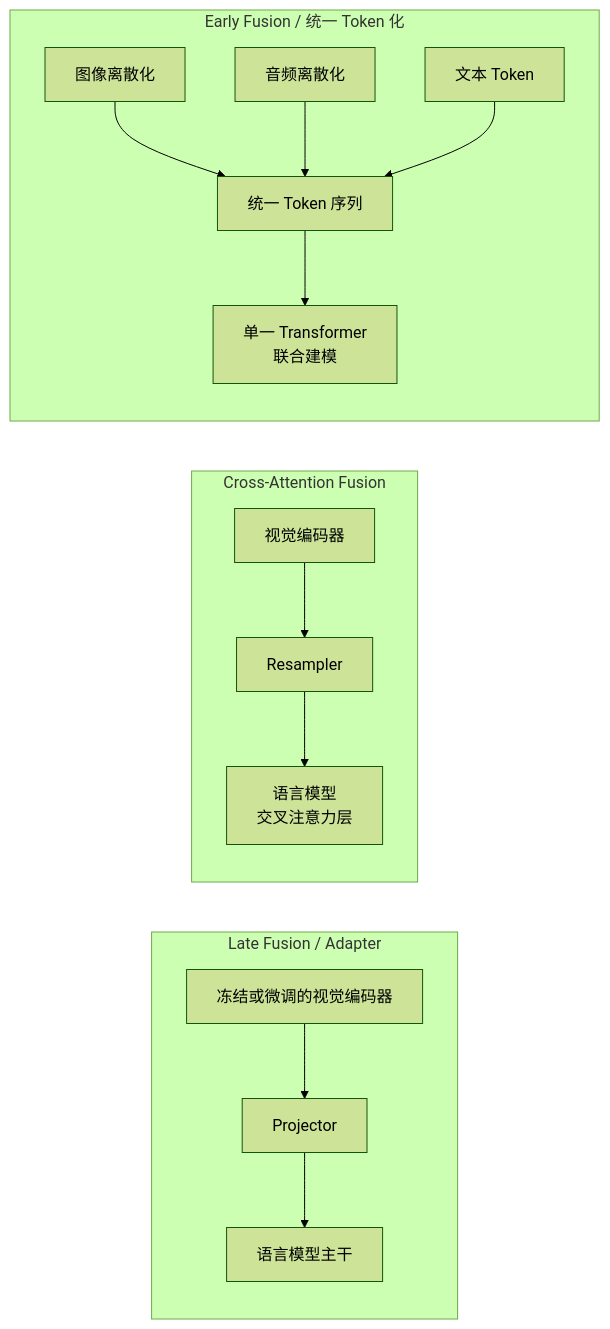
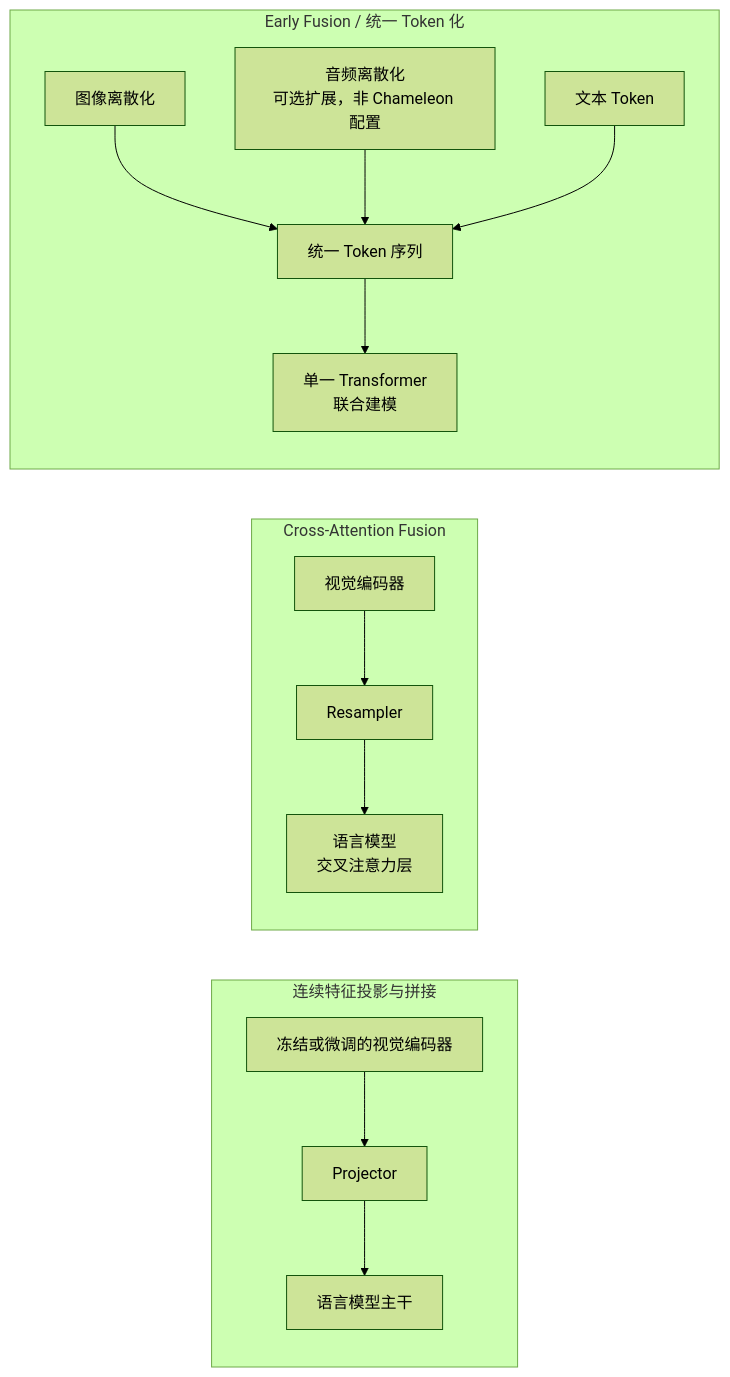
Before and after one commit to oneleaveknowsthefall/awesome-ai-roadmap: the diagram in docs/multimodal/01-foundations/01-multimodal-fusion-architecture.md, drawn with Mermaid (forest theme). The commit also changed other lines of this file and 45 other files, not shown here.

````diff
--- a/docs/multimodal/01-foundations/01-multimodal-fusion-architecture.md
+++ b/docs/multimodal/01-foundations/01-multimodal-fusion-architecture.md
@@ -9,15 +13,15 @@
 ```mermaid
 flowchart LR
-    subgraph Late["Late Fusion / Adapter"]
+    subgraph Late["连续特征投影与拼接"]
         L1[冻结或微调的视觉编码器] --> L2[Projector] --> L3[语言模型主干]
     end
     subgraph Cross["Cross-Attention Fusion"]
         C1[视觉编码器] --> C2[Resampler] --> C3["语言模型<br/>交叉注意力层"]
     end
     subgraph Early["Early Fusion / 统一 Token 化"]
         E1[图像离散化] --> E4[统一 Token 序列]
-        E2[音频离散化] --> E4
+        E2["音频离散化<br/>可选扩展，非 Chameleon 配置"] --> E4
         E3[文本 Token] --> E4
         E4 --> E5[单一 Transformer<br/>联合建模]
     end
 ```
````
